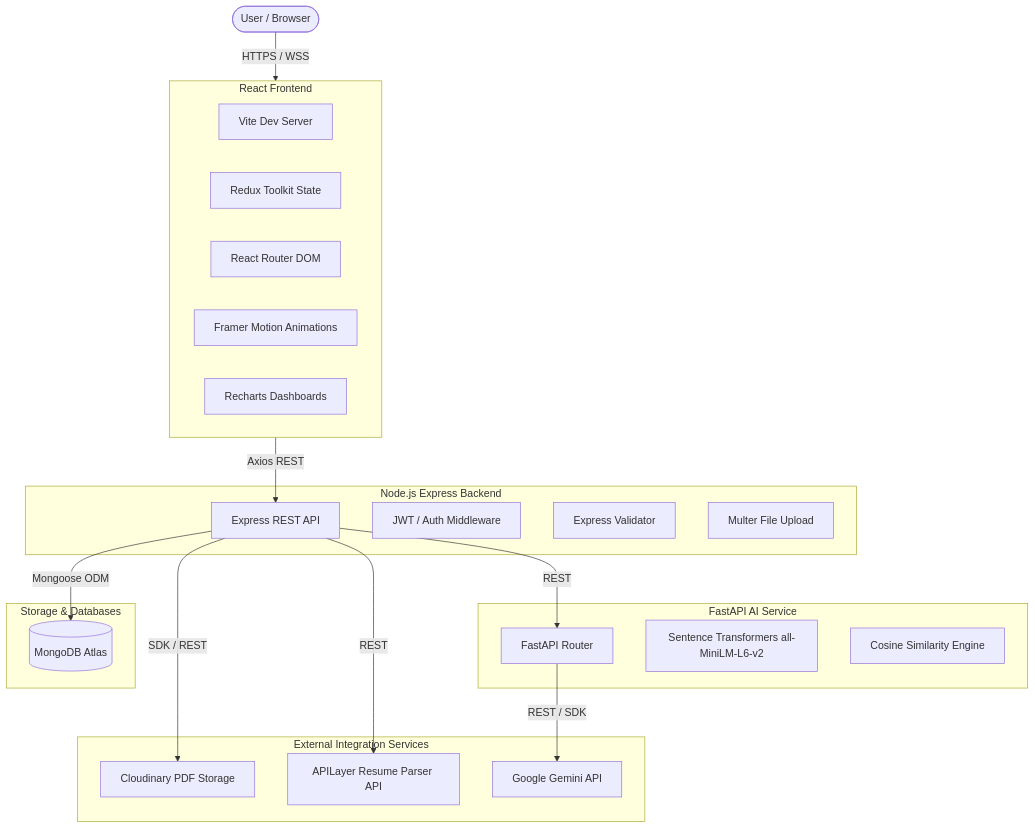
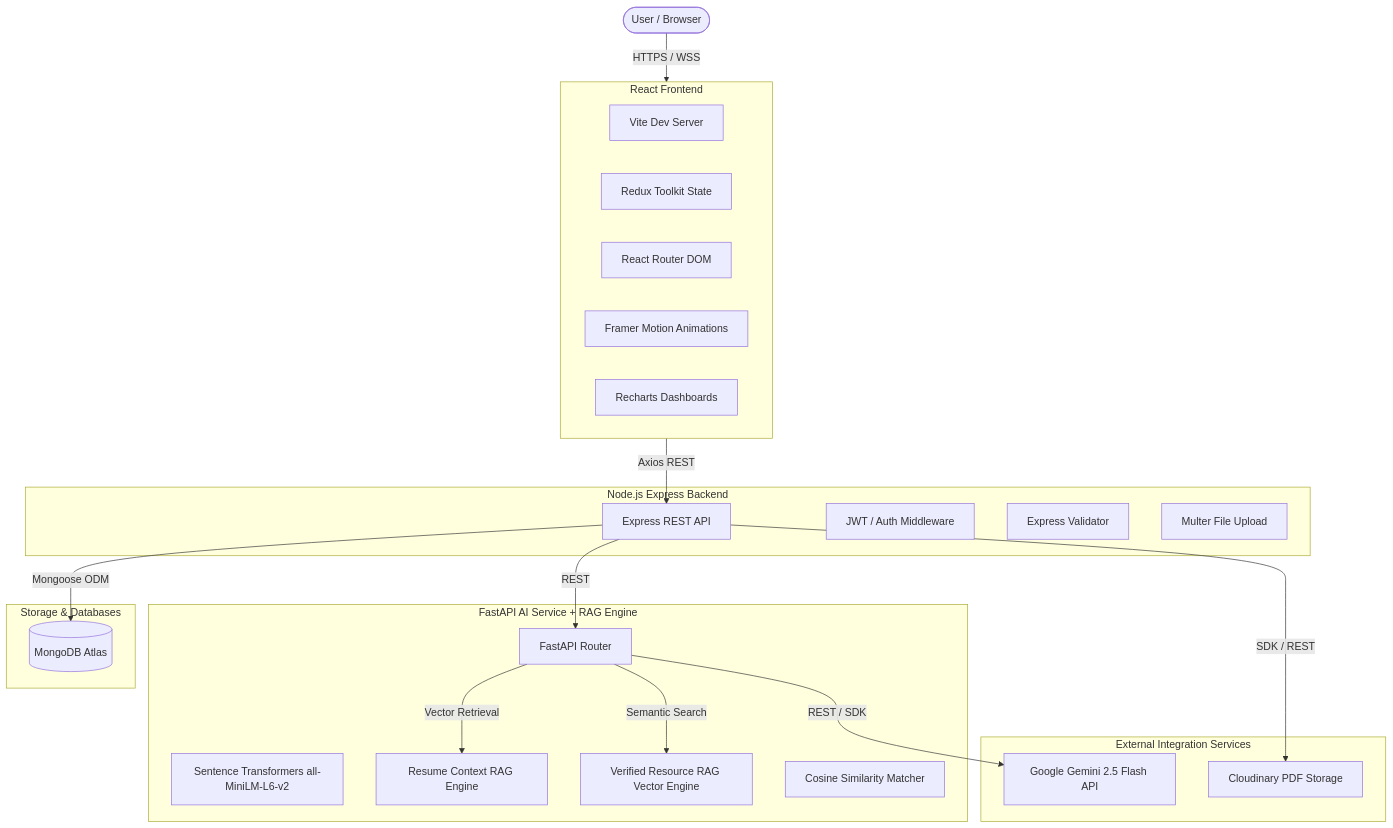
Before and after one commit to Kajjayamadithya/Career-Intelligence-Resume-Optimization-Platform: the diagram in README.md, drawn with Mermaid. The commit also changed other lines of this file, not shown here.

````diff
--- a/README.md
+++ b/README.md
@@ -9,43 +9,45 @@
 ```mermaid
 graph TD
     User([User / Browser])
     
     subgraph Frontend [React Frontend]
         Vite[Vite Dev Server]
         Redux[Redux Toolkit State]
         Router[React Router DOM]
         Framer[Framer Motion Animations]
         Recharts[Recharts Dashboards]
     end
     
     subgraph Backend [Node.js Express Backend]
         API[Express REST API]
         Auth[JWT / Auth Middleware]
         Validator[Express Validator]
         Multer[Multer File Upload]
     end
     
-    subgraph AI_Service [FastAPI AI Service]
+    subgraph AI_Service [FastAPI AI Service + RAG Engine]
         FastAPI[FastAPI Router]
         SentenceTransformers[Sentence Transformers all-MiniLM-L6-v2]
-        Similarity[Cosine Similarity Engine]
+        ResumeRAG[Resume Context RAG Engine]
+        ResourceRAG[Verified Resource RAG Vector Engine]
+        Similarity[Cosine Similarity Matcher]
     end
 
     subgraph Database [Storage & Databases]
         MongoDB[(MongoDB Atlas)]
     end
 
     subgraph External_APIs [External Integration Services]
         Cloudinary[Cloudinary PDF Storage]
-        APILayer[APILayer Resume Parser API]
-        Gemini[Google Gemini API]
+        Gemini[Google Gemini 2.5 Flash API]
     end
 
     User -->|HTTPS / WSS| Frontend
     Frontend -->|Axios REST| API
     API -->|Mongoose ODM| MongoDB
     API -->|REST| FastAPI
     API -->|SDK / REST| Cloudinary
-    API -->|REST| APILayer
+    FastAPI -->|Vector Retrieval| ResumeRAG
+    FastAPI -->|Semantic Search| ResourceRAG
     FastAPI -->|REST / SDK| Gemini
 ```
````
